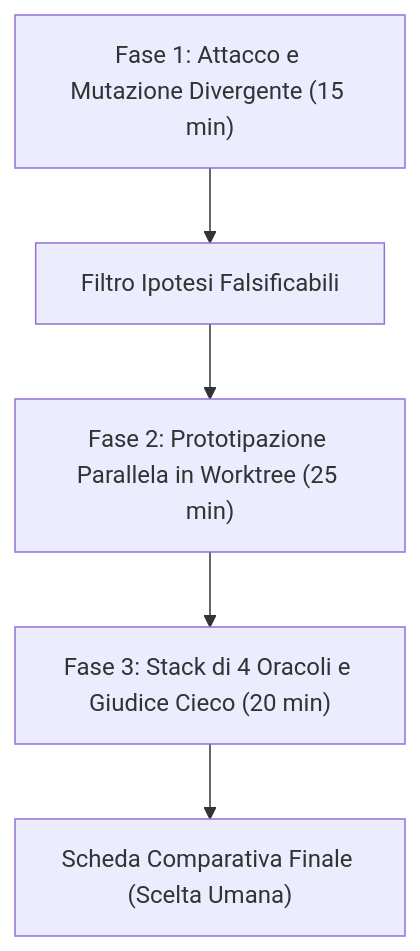
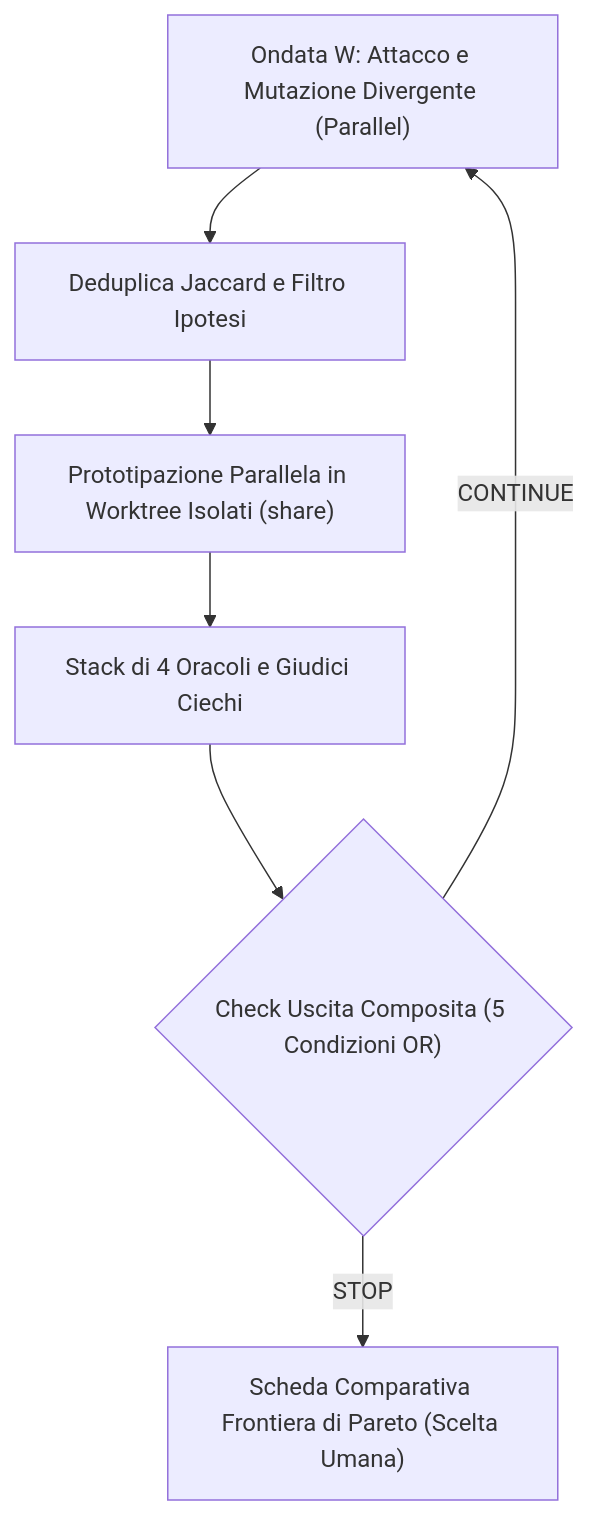
Before and after one commit to alessandroame/antigravity-plugins: the diagram in .agents/plans/oracle-guided-discovery-loop.md, drawn with Mermaid. The commit also changed other lines of this file and 14 other files, not shown here.

````diff
--- a/.agents/plans/oracle-guided-discovery-loop.md
+++ b/.agents/plans/oracle-guided-discovery-loop.md
@@ -23,7 +29,9 @@
 ```mermaid
 flowchart TD
-    A["Fase 1: Attacco e Mutazione Divergente (15 min)"] --> B["Filtro Ipotesi Falsificabili"]
-    B --> C["Fase 2: Prototipazione Parallela in Worktree (25 min)"]
-    C --> D["Fase 3: Stack di 4 Oracoli e Giudice Cieco (20 min)"]
-    D --> E["Scheda Comparativa Finale (Scelta Umana)"]
+    A["Ondata W: Attacco e Mutazione Divergente (Parallel)"] --> B["Deduplica Jaccard e Filtro Ipotesi"]
+    B --> C["Prototipazione Parallela in Worktree Isolati (share)"]
+    C --> D["Stack di 4 Oracoli e Giudici Ciechi"]
+    D --> E{"Check Uscita Composita (5 Condizioni OR)"}
+    E -- "CONTINUE" --> A
+    E -- "STOP" --> F["Scheda Comparativa Frontiera di Pareto (Scelta Umana)"]
 ```
````
